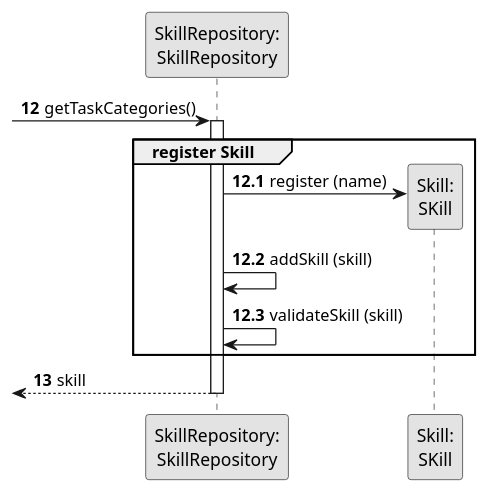
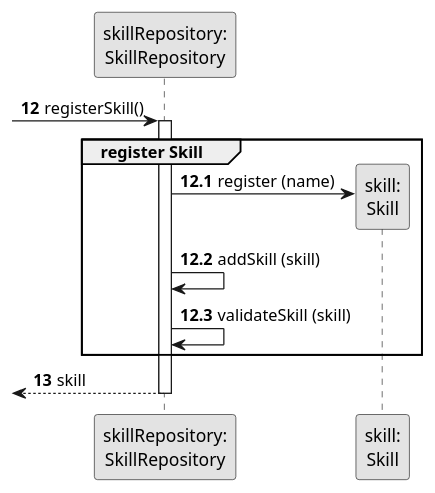
One commit to daniel41silva05/ISEP_2023_2024_LAPR2 changed the diagram in docs/sprintA&B/us001/03.design/puml/us001-sequence-diagram-partial-register-skill.puml. Above: the diagram before and after it, drawn with PlantUML. The commit also changed 7 other files, not shown here.

```diff
--- a/docs/sprintA&B/us001/03.design/puml/us001-sequence-diagram-partial-register-skill.puml
+++ b/docs/sprintA&B/us001/03.design/puml/us001-sequence-diagram-partial-register-skill.puml
@@ -1,32 +1,32 @@
 @startuml
 skinparam monochrome true
 skinparam packageStyle rectangle
 skinparam shadowing false
 
 autonumber
 
 'hide footbox
 
-participant "SkillRepository:\nSkillRepository" as SkillREP
-participant "Skill:\nSKill" as SKILL
+participant "skillRepository:\nSkillRepository" as SkillREP
+participant "skill:\nSkill" as SKILL
 
 autonumber 12
 
- -> SkillREP : getTaskCategories()
+ -> SkillREP : registerSkill()
 autonumber 12.1
 activate SkillREP
     group register Skill
 
             SkillREP -> SKILL** : register (name)
 
             SkillREP -> SkillREP : addSkill (skill)
 
             SkillREP -> SkillREP : validateSkill (skill)
     end
     autonumber 13
     <-- SkillREP  : skill
 deactivate SkillREP
 
 
 
 @enduml
```
